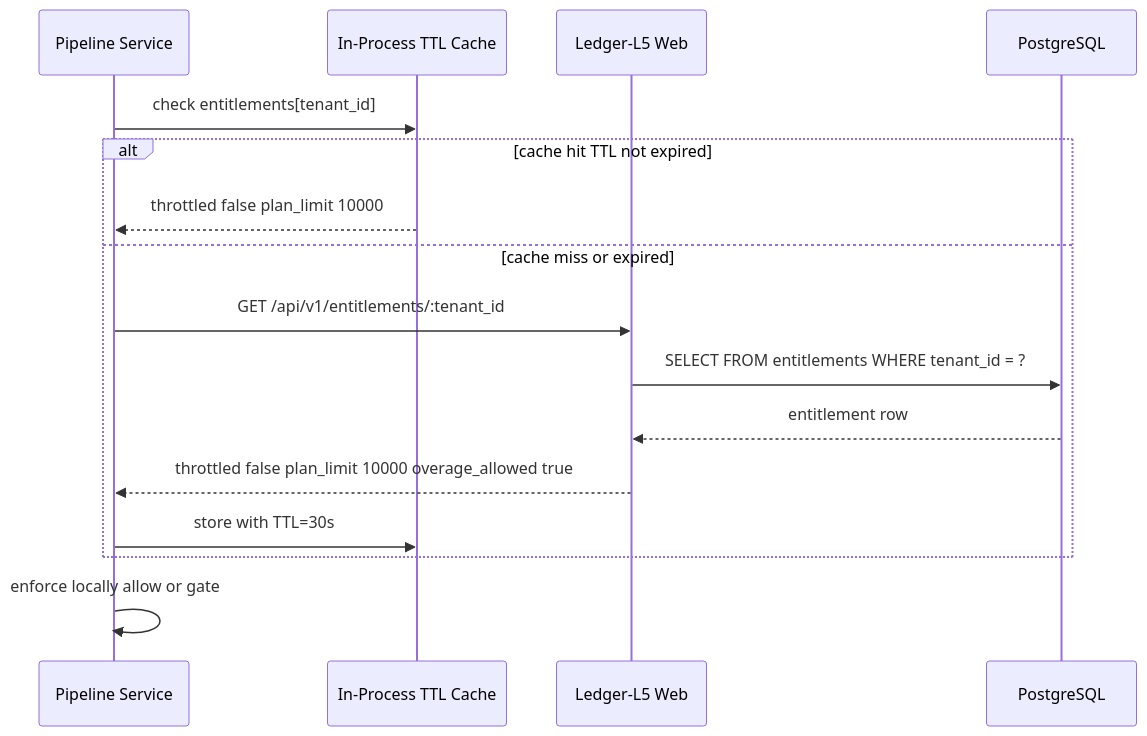
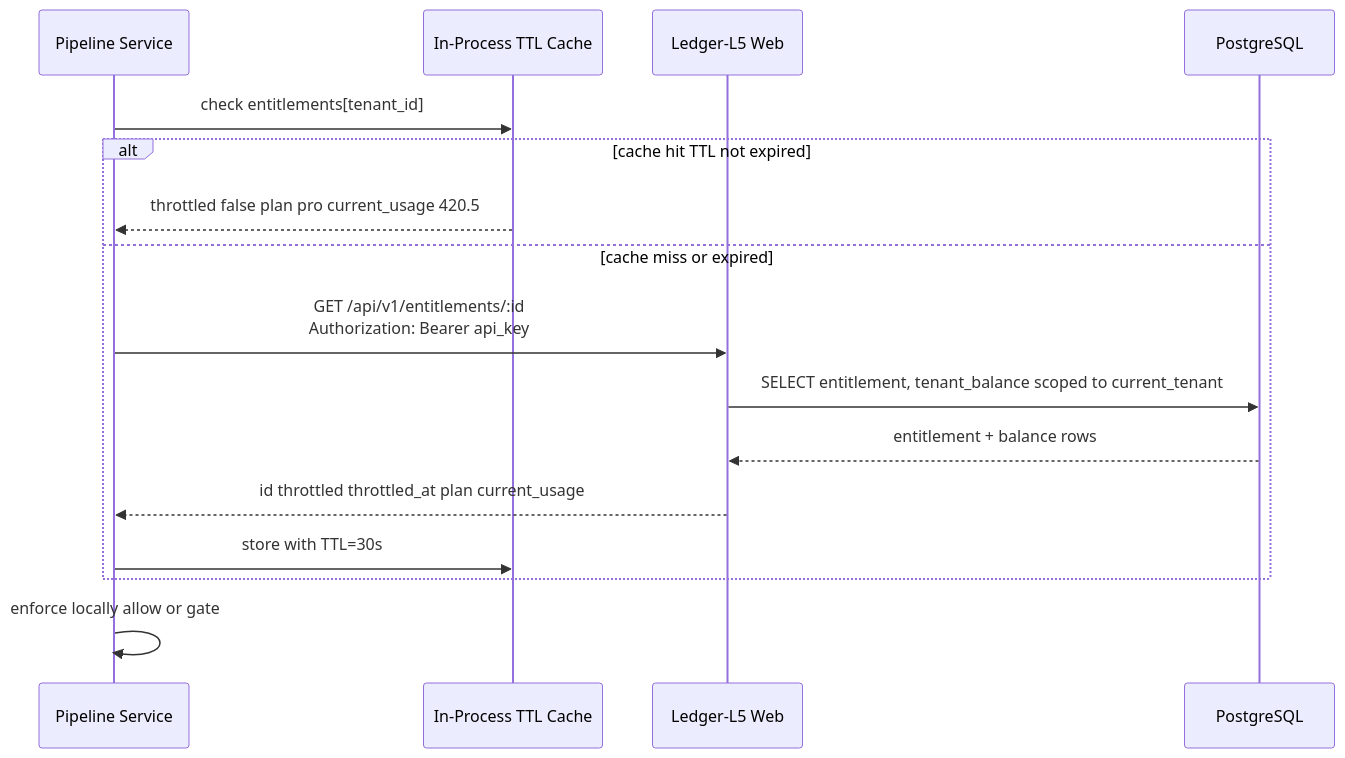
One commit to obrienma/Ledger-L5-rails changed the third of 5 diagrams in docs/architecture.md. Above: the diagram before and after it, drawn with Mermaid. The commit also changed other lines of this file and 1 other file, not shown here.

First line of the commit message:
docs(audit): reconcile architecture.md diagrams with actual schema

````diff
--- a/docs/architecture.md
+++ b/docs/architecture.md
@@ -93,19 +93,19 @@
 ```mermaid
 sequenceDiagram
     participant P as Pipeline Service
     participant Cache as In-Process TTL Cache
     participant W as Ledger-L5 Web
     participant DB as PostgreSQL
 
     P->>Cache: check entitlements[tenant_id]
     alt cache hit TTL not expired
-        Cache-->>P: throttled false plan_limit 10000
+        Cache-->>P: throttled false plan pro current_usage 420.5
     else cache miss or expired
-        P->>W: GET /api/v1/entitlements/:tenant_id
-        W->>DB: SELECT FROM entitlements WHERE tenant_id = ?
-        DB-->>W: entitlement row
-        W-->>P: throttled false plan_limit 10000 overage_allowed true
+        P->>W: GET /api/v1/entitlements/:id<br/>Authorization: Bearer api_key
+        W->>DB: SELECT entitlement, tenant_balance scoped to current_tenant
+        DB-->>W: entitlement + balance rows
+        W-->>P: id throttled throttled_at plan current_usage
         P->>Cache: store with TTL=30s
     end
     P->>P: enforce locally allow or gate
 ```
````
